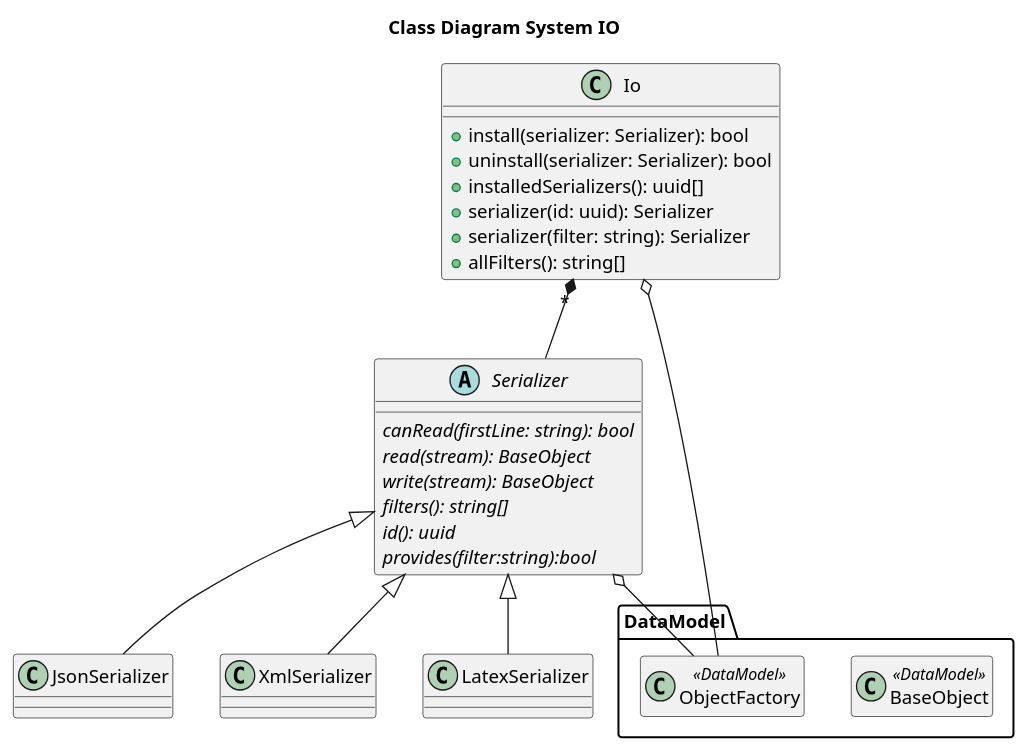
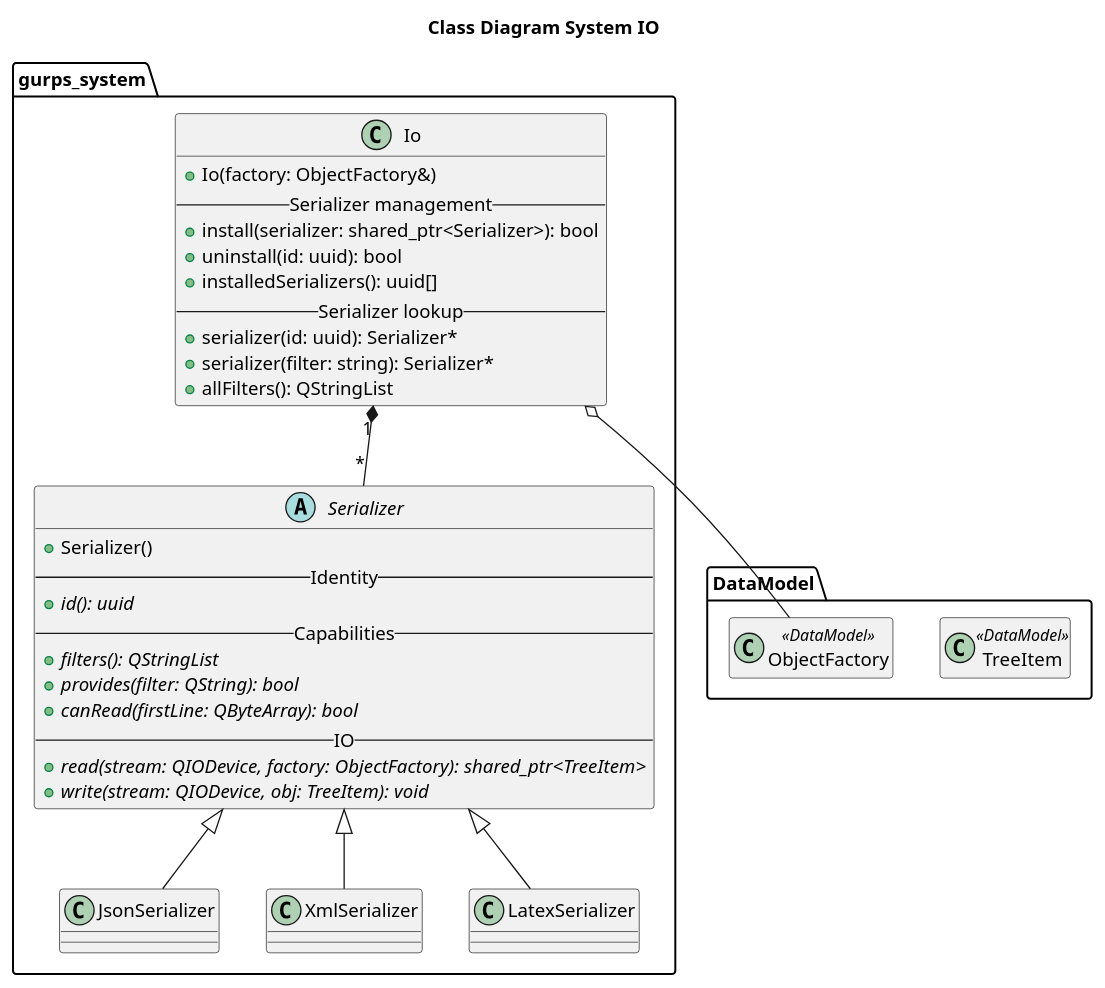
One commit to TigerInAnEmptyJar/dungeonMaster changed the diagram in docs/c4/03_class/class_system_io.puml. Above: the diagram before and after it, drawn with PlantUML. The commit also changed 8 other files, not shown here.

```diff
--- a/docs/c4/03_class/class_system_io.puml
+++ b/docs/c4/03_class/class_system_io.puml
@@ -1,41 +1,52 @@
 @startuml class_system_io
 title "Class Diagram System IO"
 
 hide <<DataModel>> members
 package DataModel {
-    class BaseObject <<DataModel>>
+    class TreeItem <<DataModel>>
     class ObjectFactory <<DataModel>>
 }
 
+namespace gurps_system {
+
 class Io {
-+ install(serializer: Serializer): bool
-+ uninstall(serializer: Serializer): bool
++ Io(factory: ObjectFactory&)
+-- Serializer management --
++ install(serializer: shared_ptr<Serializer>): bool
++ uninstall(id: uuid): bool
 + installedSerializers(): uuid[]
-+ serializer(id: uuid): Serializer
-+ serializer(filter: string): Serializer
-+ allFilters(): string[]
+-- Serializer lookup --
++ serializer(id: uuid): Serializer*
++ serializer(filter: string): Serializer*
++ allFilters(): QStringList
 }
 
-Io o-- ObjectFactory
+gurps_system.Io o-- DataModel.ObjectFactory
 
-abstract Serializer {
-{abstract}canRead(firstLine: string): bool
-{abstract}read(stream): BaseObject
-{abstract}write(stream): BaseObject
-{abstract}filters(): string[]
-{abstract}id(): uuid
-{abstract}provides(filter:string):bool
+abstract class Serializer {
++ Serializer()
+-- Identity --
++ {abstract} id(): uuid
+-- Capabilities --
++ {abstract} filters(): QStringList
++ {abstract} provides(filter: QString): bool
++ {abstract} canRead(firstLine: QByteArray): bool
+-- IO --
++ {abstract} read(stream: QIODevice, factory: ObjectFactory): shared_ptr<TreeItem>
++ {abstract} write(stream: QIODevice, obj: TreeItem): void
 }
-Io "*" *-- Serializer
-Serializer o-- ObjectFactory
+
+gurps_system.Io "1" *-- "*" gurps_system.Serializer
 
 class JsonSerializer
-Serializer <|-- JsonSerializer
+gurps_system.Serializer <|-- gurps_system.JsonSerializer
 
 class XmlSerializer
-Serializer <|-- XmlSerializer
+gurps_system.Serializer <|-- gurps_system.XmlSerializer
 
 class LatexSerializer
-Serializer <|-- LatexSerializer
+gurps_system.Serializer <|-- gurps_system.LatexSerializer
+
+}
 
 @enduml
```
